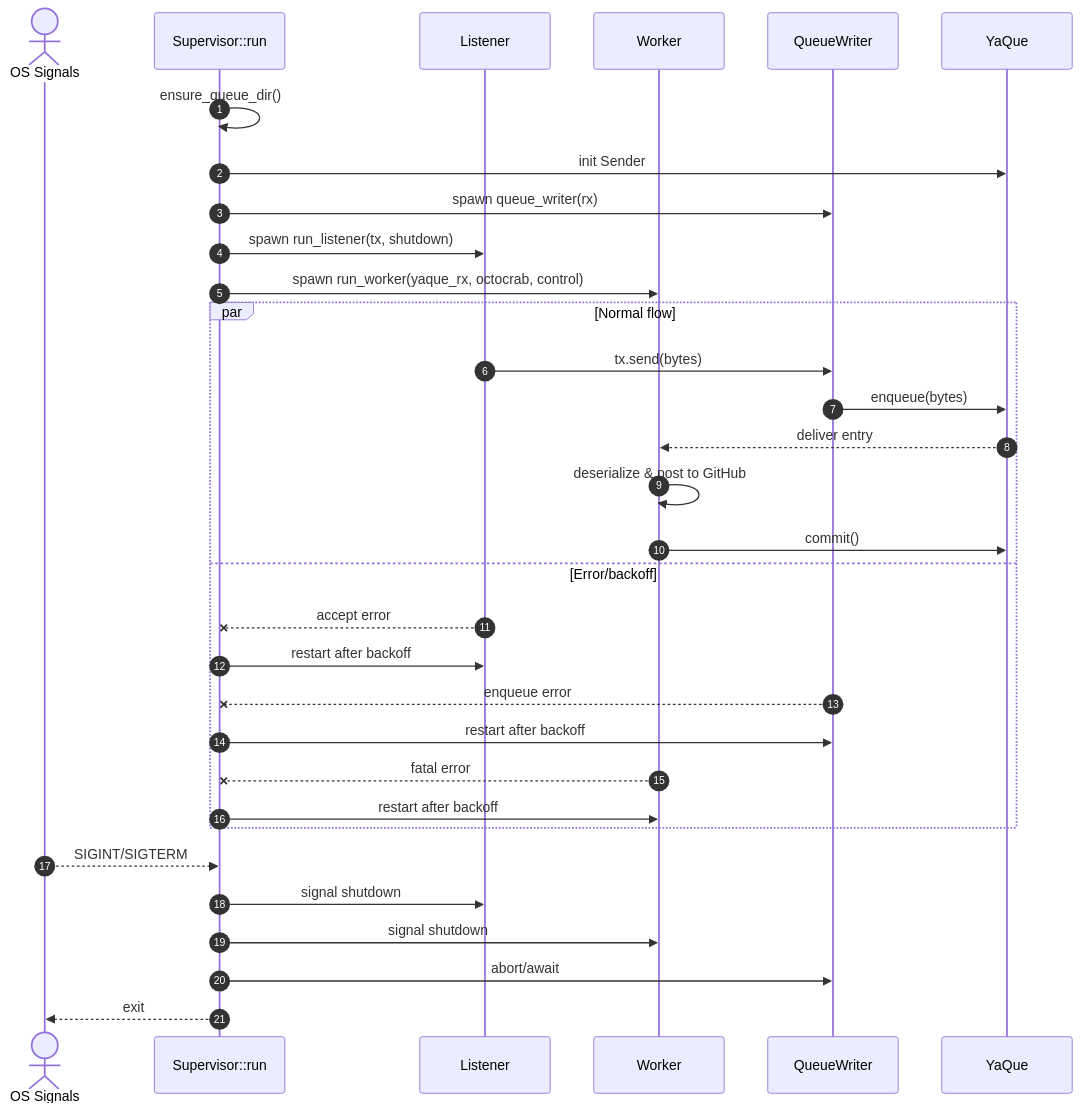
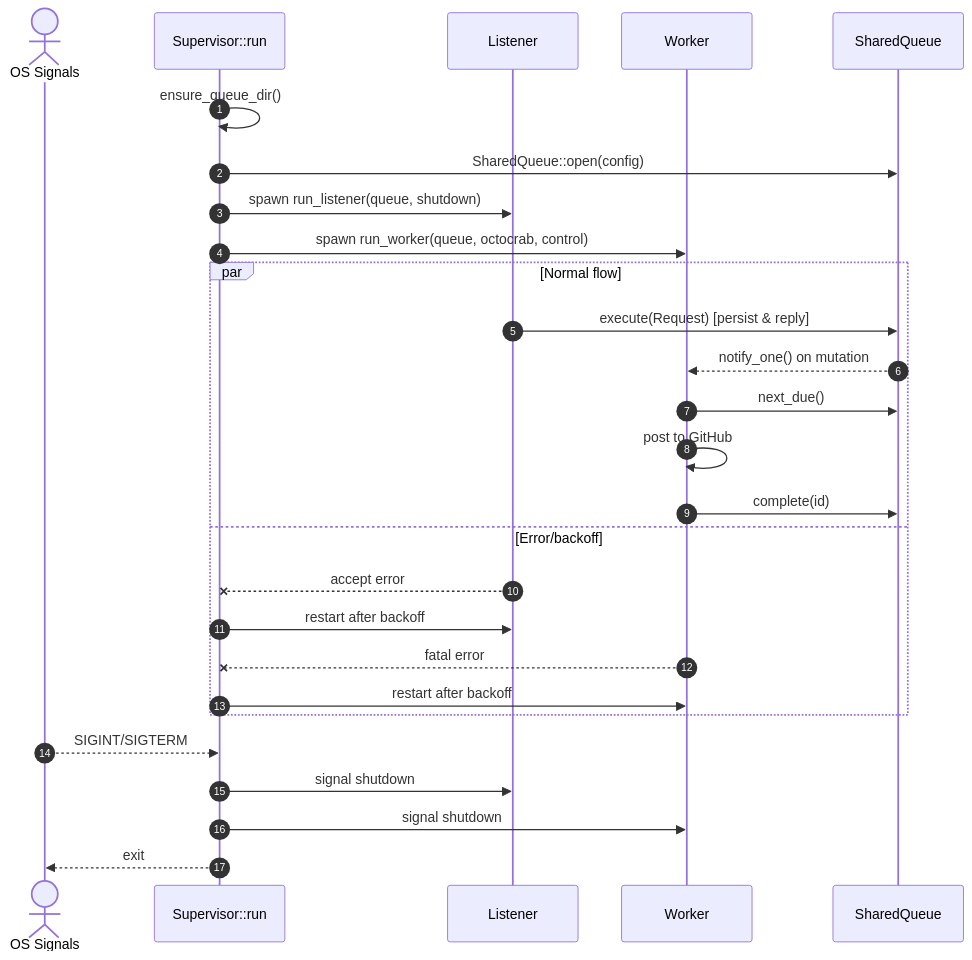
The first of 3 diagrams in docs/comenq-design.md (leynos/comenq), drawn with Mermaid before and after one commit. The commit also changed other lines of this file and 11 other files, not shown here.

````diff
--- a/docs/comenq-design.md
+++ b/docs/comenq-design.md
@@ -399,37 +452,32 @@
 ```mermaid
 sequenceDiagram
   autonumber
   actor OS as OS Signals
   participant Sup as Supervisor::run
   participant L as Listener
   participant W as Worker
-  participant QW as QueueWriter
-  participant YQ as YaQue
+  participant Q as SharedQueue
 
   Sup->>Sup: ensure_queue_dir()
-  Sup->>YQ: init Sender
-  Sup->>QW: spawn queue_writer(rx)
-  Sup->>L: spawn run_listener(tx, shutdown)
-  Sup->>W: spawn run_worker(yaque_rx, octocrab, control)
+  Sup->>Q: SharedQueue::open(config)
+  Sup->>L: spawn run_listener(queue, shutdown)
+  Sup->>W: spawn run_worker(queue, octocrab, control)
 
   par Normal flow
-    L->>QW: tx.send(bytes)
-    QW->>YQ: enqueue(bytes)
-    YQ-->>W: deliver entry
-    W->>W: deserialize & post to GitHub
-    W->>YQ: commit()
+    L->>Q: execute(Request) [persist & reply]
+    Q-->>W: notify_one() on mutation
+    W->>Q: next_due()
+    W->>W: post to GitHub
+    W->>Q: complete(id)
   and Error/backoff
     L--x Sup: accept error
     Sup->>L: restart after backoff
-    QW--x Sup: enqueue error
-    Sup->>QW: restart after backoff
     W--x Sup: fatal error
     Sup->>W: restart after backoff
   end
 
   OS-->>Sup: SIGINT/SIGTERM
   Sup->>L: signal shutdown
   Sup->>W: signal shutdown
-  Sup->>QW: abort/await
   Sup-->>OS: exit
 ```
````
